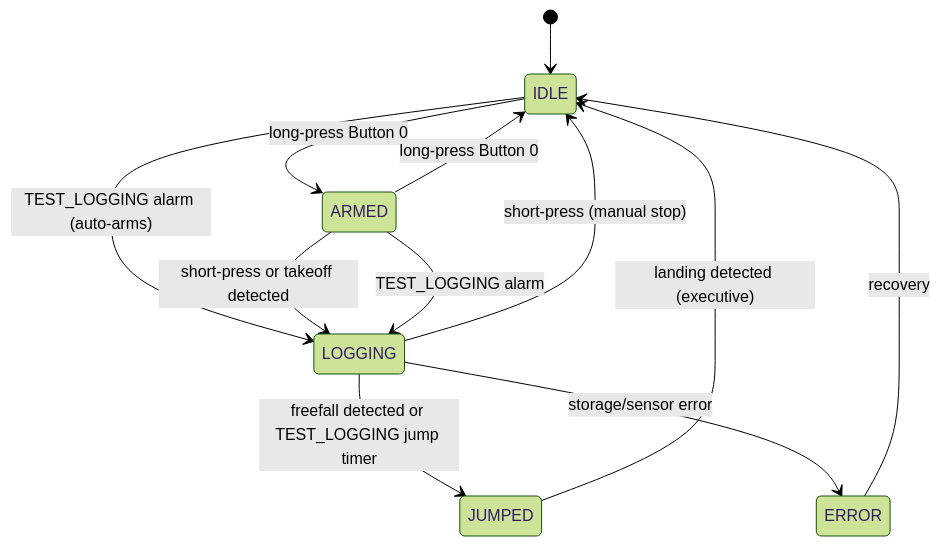
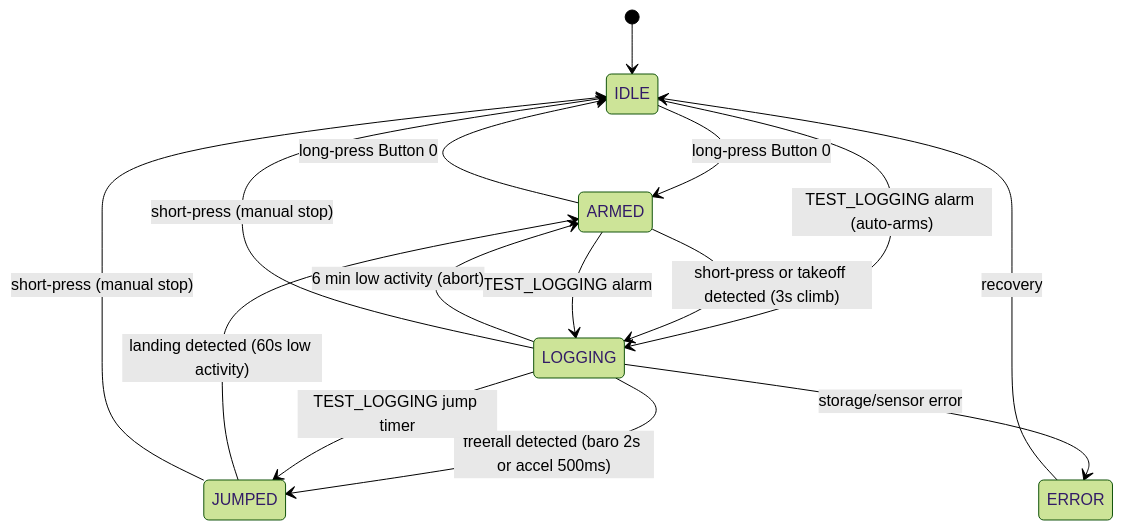
Before and after one commit to rrainey/tempo-bt: the third of 3 diagrams in zephyr/tempo-bt-v1/docs/mvp-architecture.md, drawn with Mermaid (forest theme). The commit also changed other lines of this file and 1 other file, not shown here.

````diff
--- a/zephyr/tempo-bt-v1/docs/mvp-architecture.md
+++ b/zephyr/tempo-bt-v1/docs/mvp-architecture.md
@@ -357,14 +376,17 @@
 ```mermaid
 stateDiagram-v2
     [*] --> IDLE
     IDLE --> ARMED: long-press Button 0
     IDLE --> LOGGING: TEST_LOGGING alarm (auto-arms)
     ARMED --> IDLE: long-press Button 0
-    ARMED --> LOGGING: short-press or takeoff detected
+    ARMED --> LOGGING: short-press or takeoff detected (3s climb)
     ARMED --> LOGGING: TEST_LOGGING alarm
-    LOGGING --> JUMPED: freefall detected or TEST_LOGGING jump timer
+    LOGGING --> JUMPED: freefall detected (baro 2s or accel 500ms)
+    LOGGING --> JUMPED: TEST_LOGGING jump timer
+    LOGGING --> ARMED: 6 min low activity (abort)
     LOGGING --> IDLE: short-press (manual stop)
     LOGGING --> ERROR: storage/sensor error
-    JUMPED --> IDLE: landing detected (executive)
+    JUMPED --> ARMED: landing detected (60s low activity)
+    JUMPED --> IDLE: short-press (manual stop)
     ERROR --> IDLE: recovery
 ```
````
